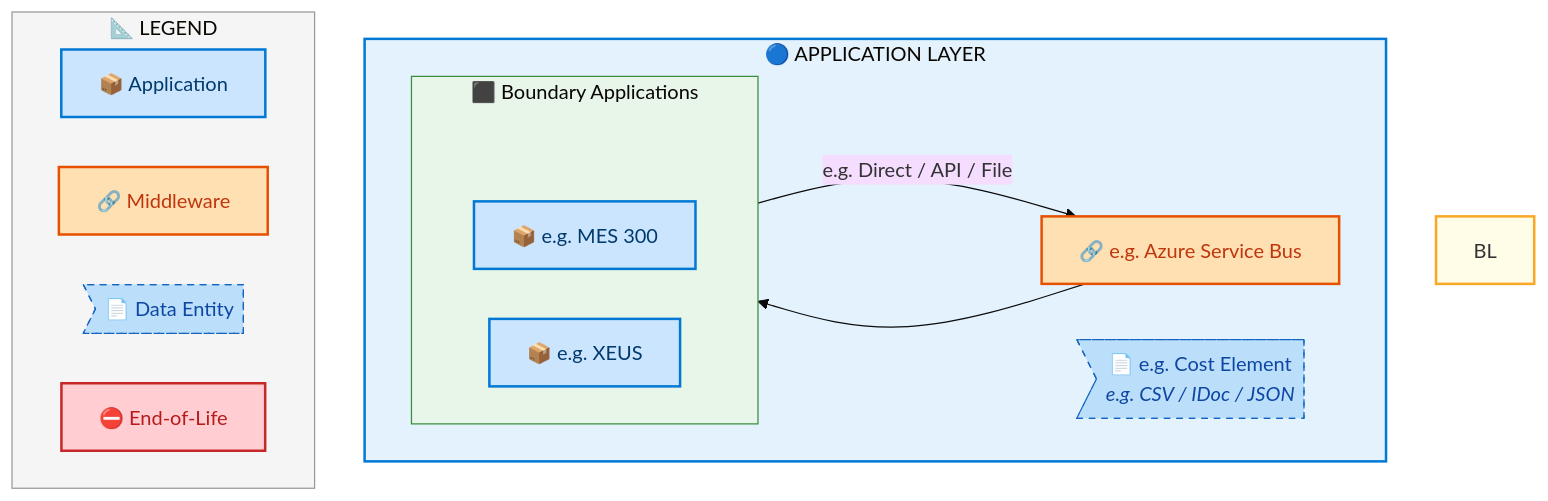
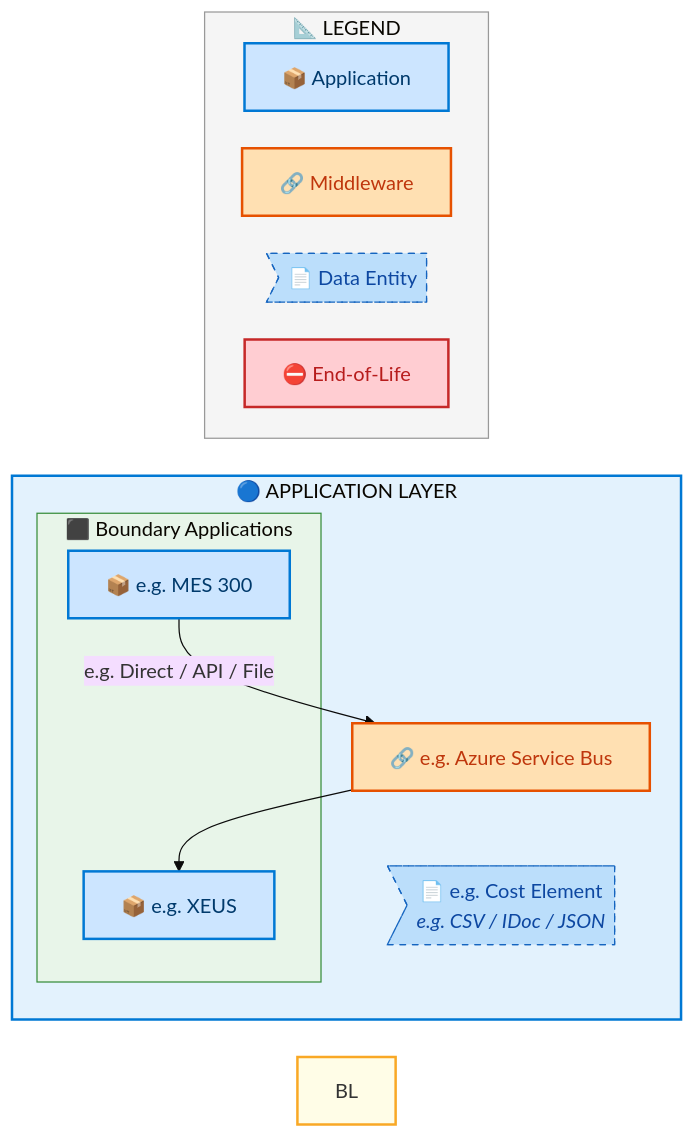
Before and after one commit to sajivfrancis777/IAO-Architecture: the fourth of 7 diagrams in towers/E2E/Master Data/E2E-91/output/docs/systems-architecture/E2E-91-Architecture.md, drawn with Mermaid. The commit also changed other lines of this file and 252 other files, not shown here.

First line of the commit message:
fix: remove Mermaid ~~~ rank chain causing syntax error in v11.14.0

````diff
--- a/towers/E2E/Master Data/E2E-91/output/docs/systems-architecture/E2E-91-Architecture.md
+++ b/towers/E2E/Master Data/E2E-91/output/docs/systems-architecture/E2E-91-Architecture.md
@@ -440,44 +440,40 @@
 ```mermaid
-%%{init: {"theme": "base", "securityLevel": "loose", "themeVariables": {"fontSize": "16px", "fontFamily": "Segoe UI, Arial, sans-serif"}, "flowchart": {"useMaxWidth": false, "htmlLabels": true, "nodeSpacing": 40, "rankSpacing": 50}} }%%
-flowchart TB
+%%{init: {"theme": "base", "securityLevel": "loose", "themeVariables": {"fontSize": "16px", "fontFamily": "Segoe UI, Arial, sans-serif"}, "flowchart": {"useMaxWidth": false, "htmlLabels": true, "nodeSpacing": 30, "rankSpacing": 35}} }%%
+flowchart LR
     %% -- ArchiMate 3.2 + Azure style classes --
     classDef business      fill:#FFFFB3,stroke:#F9A825,stroke-width:2px,color:#000
     classDef app           fill:#CCE5FF,stroke:#0078D4,stroke-width:2px,color:#003A6C
     classDef data          fill:#BBDEFB,stroke:#1565C0,stroke-width:1px,color:#0D47A1,stroke-dasharray: 5 5
     classDef middleware    fill:#FFE0B2,stroke:#E65100,stroke-width:2px,color:#BF360C
     classDef eol           fill:#FFCDD2,stroke:#C62828,stroke-width:2px,color:#B71C1C
     classDef saas          fill:#E1BEE7,stroke:#7B1FA2,stroke-width:2px,color:#4A148C
     classDef cloud         fill:#BBDEFB,stroke:#1565C0,stroke-width:2px,color:#0D47A1
     classDef onprem        fill:#C8E6C9,stroke:#2E7D32,stroke-width:2px,color:#1B5E20
-    classDef rankAnchor    fill:none,stroke:none,color:transparent,font-size:1px
 
     subgraph AL["🔵 APPLICATION LAYER"]
-        direction LR
         subgraph E2E91CLN_Boundary_Applications[" ⬛ Boundary Applications"]
-            direction LR
-            E2E91C_ALRANK_0[ ]:::rankAnchor
             E2E91C_e_g_MES_300["📦 e.g. MES 300"]:::app
             E2E91C_e_g_XEUS["📦 e.g. XEUS"]:::app
         end
         E2E91CMW_e_g_Azure_Service_Bus["🔗 e.g. Azure Service Bus"]:::middleware
         E2E91CDE_e_g_Cost_Element>"📄 e.g. Cost Element<br/><i>e.g. CSV / IDoc / JSON</i>"]:::data
     end
 
     E2E91C_e_g_MES_300 -->|"e.g. Direct / API / File"| E2E91CMW_e_g_Azure_Service_Bus
     E2E91CMW_e_g_Azure_Service_Bus --> E2E91C_e_g_XEUS
 
 
     style BL fill:#FFFDE7,stroke:#F9A825,stroke-width:2px
     style AL fill:#E3F2FD,stroke:#0078D4,stroke-width:2px
 
     style E2E91CLN_Boundary_Applications fill:#E8F5E9,stroke:#388E3C,stroke-width:1px
 
     subgraph Legend["📐 LEGEND"]
         direction LR
         L_APP["📦 Application"]:::app
         L_MW["🔗 Middleware"]:::middleware
         L_DE>"📄 Data Entity"]:::data
         L_EOL["⛔ End-of-Life"]:::eol
     end
     style Legend fill:#F5F5F5,stroke:#999,stroke-width:1px
 ```
````
